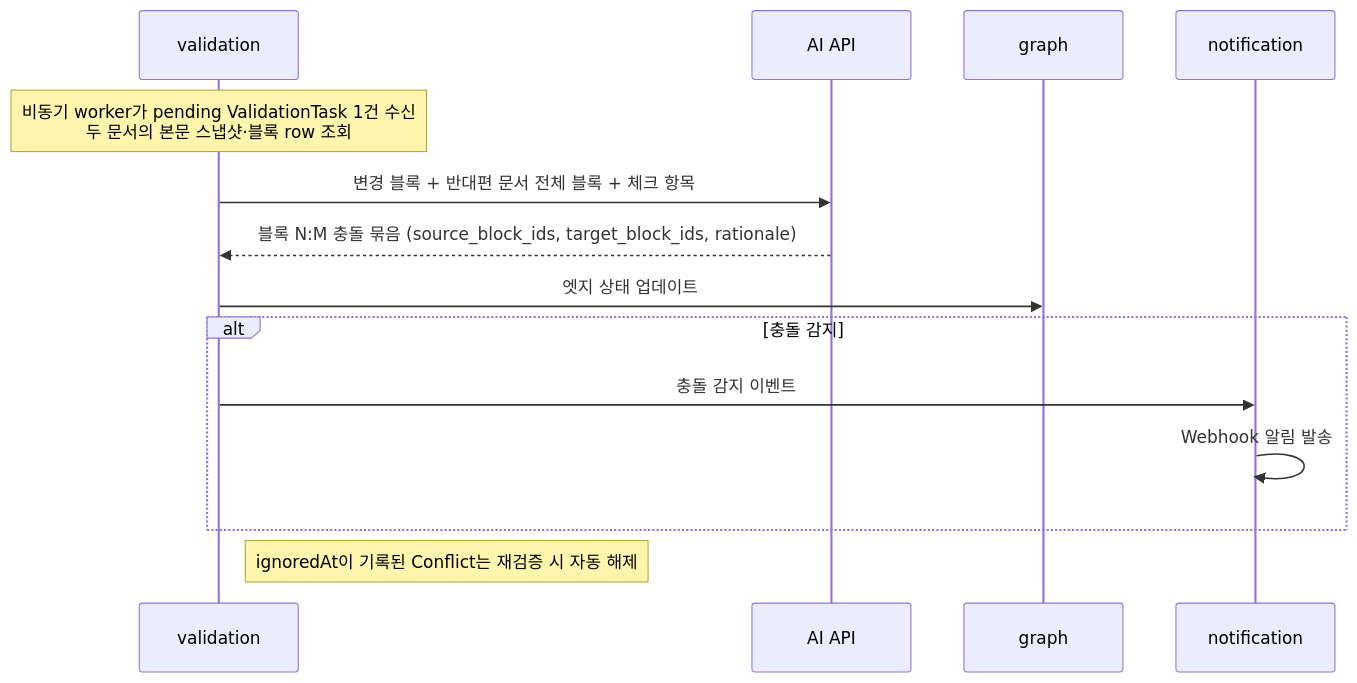
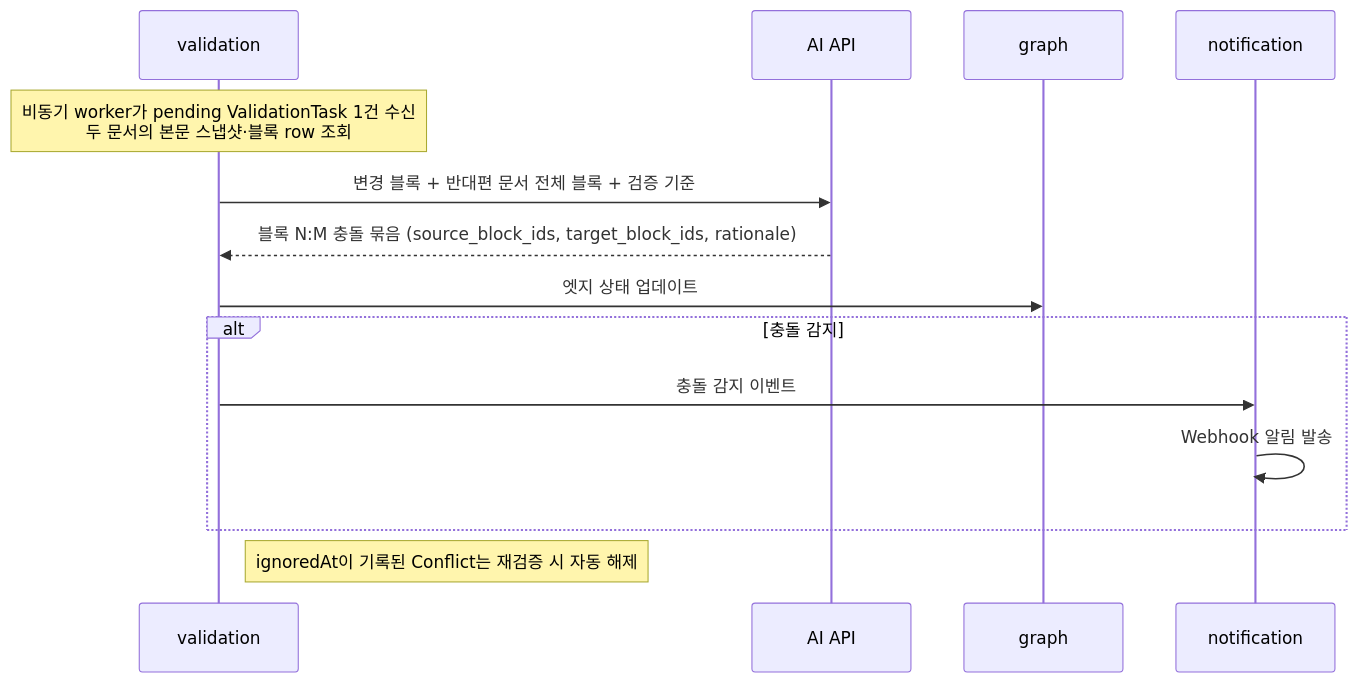
Before and after one commit to ladinzgit/doc-graph: the third of 3 diagrams in docs/domains.md, drawn with Mermaid. The commit also changed other lines of this file and 5 other files, not shown here.

````diff
--- a/docs/domains.md
+++ b/docs/domains.md
@@ -82,17 +82,17 @@
 ```mermaid
 sequenceDiagram
     participant validation
     participant AI as AI API
     participant graph
     participant notification
 
     Note over validation: 비동기 worker가 pending ValidationTask 1건 수신<br/>두 문서의 본문 스냅샷·블록 row 조회
-    validation->>AI: 변경 블록 + 반대편 문서 전체 블록 + 체크 항목
+    validation->>AI: 변경 블록 + 반대편 문서 전체 블록 + 검증 기준
     AI-->>validation: 블록 N:M 충돌 묶음 (source_block_ids, target_block_ids, rationale)
     validation->>graph: 엣지 상태 업데이트
     alt 충돌 감지
         validation->>notification: 충돌 감지 이벤트
         notification->>notification: Webhook 알림 발송
     end
     Note right of validation: ignoredAt이 기록된 Conflict는 재검증 시 자동 해제
 ```
````
